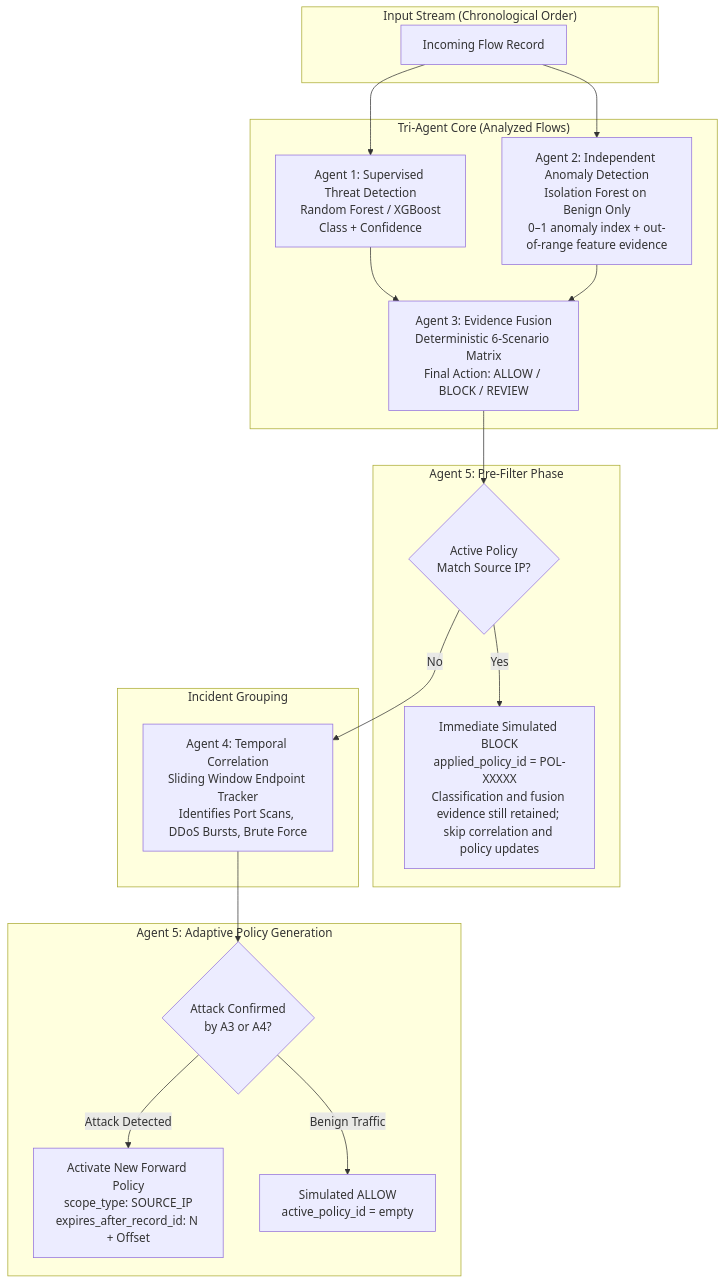
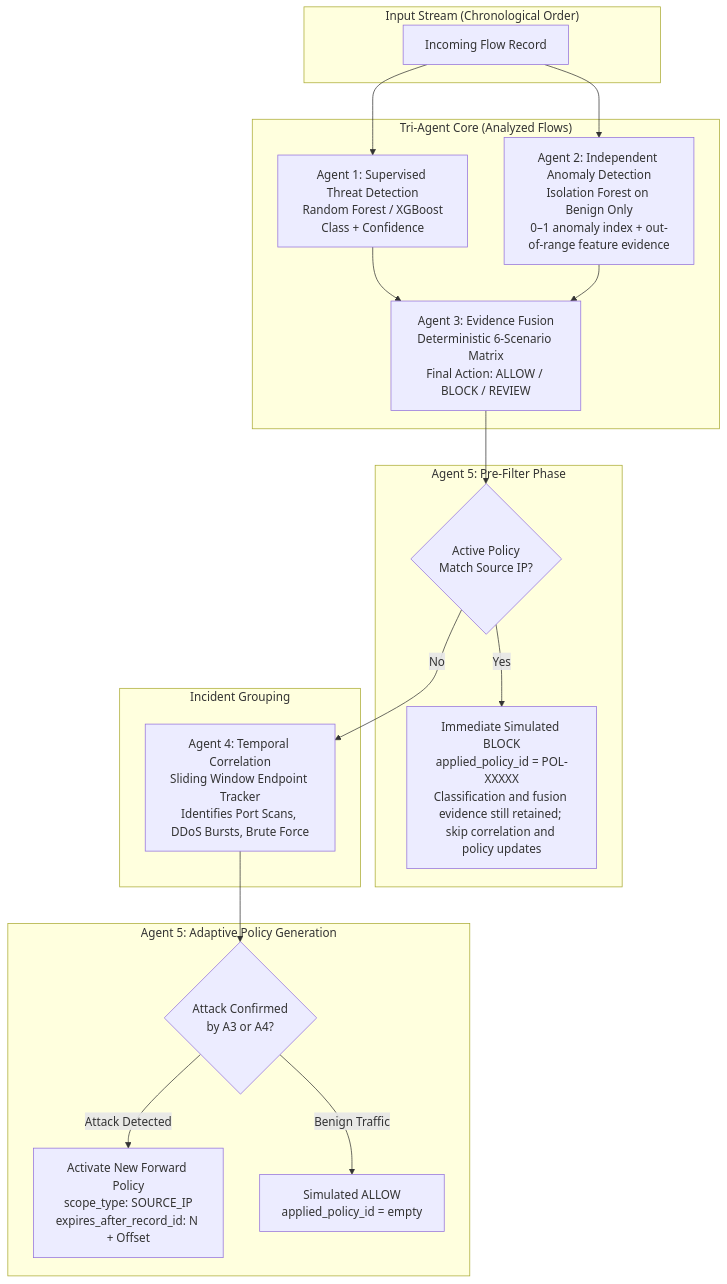
One commit to Aarush-JIIT-2030/jai changed the diagram in docs/level2-brief.md. Above: the diagram before and after it, drawn with Mermaid. The commit also changed other lines of this file, not shown here.

````diff
--- a/docs/level2-brief.md
+++ b/docs/level2-brief.md
@@ -7,36 +7,36 @@
 ```mermaid
 flowchart TD
     subgraph Ingestion["Input Stream (Chronological Order)"]
         F[Incoming Flow Record]
     end
 
     subgraph A5_Pre["Agent 5: Pre-Filter Phase"]
         PF{Active Policy<br/>Match Source IP?}
         BLK[Immediate Simulated BLOCK<br/>applied_policy_id = POL-XXXXX<br/>Classification and fusion evidence still retained; skip correlation and policy updates]
     end
 
     subgraph Detection["Tri-Agent Core (Analyzed Flows)"]
         A1[Agent 1: Supervised Threat Detection<br/>Random Forest / XGBoost<br/>Class + Confidence]
         A2[Agent 2: Independent Anomaly Detection<br/>Isolation Forest on Benign Only<br/>0–1 anomaly index + out-of-range feature evidence]
         A3[Agent 3: Evidence Fusion<br/>Deterministic 6-Scenario Matrix<br/>Final Action: ALLOW / BLOCK / REVIEW]
     end
 
     subgraph Correlation["Incident Grouping"]
         A4[Agent 4: Temporal Correlation<br/>Sliding Window Endpoint Tracker<br/>Identifies Port Scans, DDoS Bursts, Brute Force]
     end
 
     subgraph A5_Post["Agent 5: Adaptive Policy Generation"]
         PG{Attack Confirmed<br/>by A3 or A4?}
         POL[Activate New Forward Policy<br/>scope_type: SOURCE_IP<br/>expires_after_record_id: N + Offset]
-        ALW[Simulated ALLOW<br/>active_policy_id = empty]
+        ALW[Simulated ALLOW<br/>applied_policy_id = empty]
     end
 
     F --> A1 & A2
     A1 & A2 --> A3
     A3 --> PF
     PF -- Yes --> BLK
     PF -- No --> A4
     A4 --> PG
     PG -- Attack Detected --> POL
     PG -- Benign Traffic --> ALW
 ```
````
